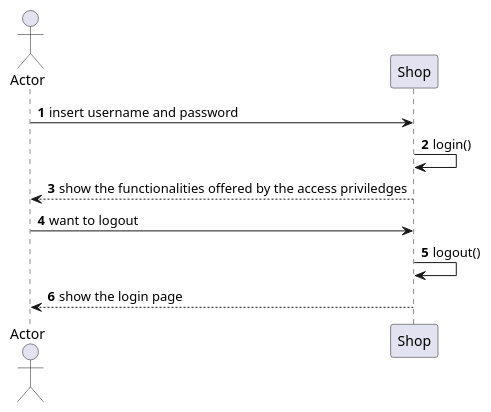
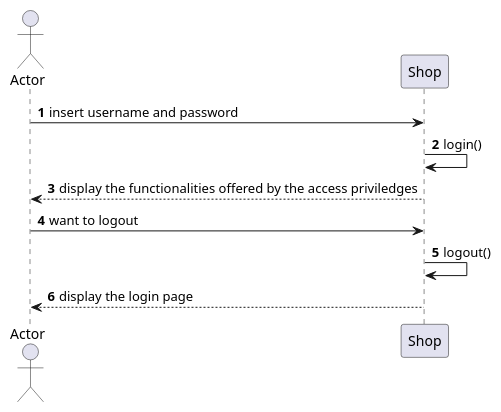
Before and after one commit to b3xul/ezshop: diagram 15 of 19 in Deliverables/DesignDocument.md, drawn with PlantUML. The commit also changed other lines of this file, not shown here.

````diff
--- a/Deliverables/DesignDocument.md
+++ b/Deliverables/DesignDocument.md
@@ -512,16 +514,16 @@
 ```plantuml
 @startuml
 
 actor Actor
 participant Shop
 
 autonumber 
 Actor -> Shop: insert username and password
 Shop -> Shop: login()
-Shop --> Actor: show the functionalities offered by the access priviledges
+Shop --> Actor: display the functionalities offered by the access priviledges
 Actor -> Shop: want to logout
 Shop -> Shop: logout()
-Shop --> Actor: show the login page
+Shop --> Actor: display the login page
 
 @enduml
 ```
````
